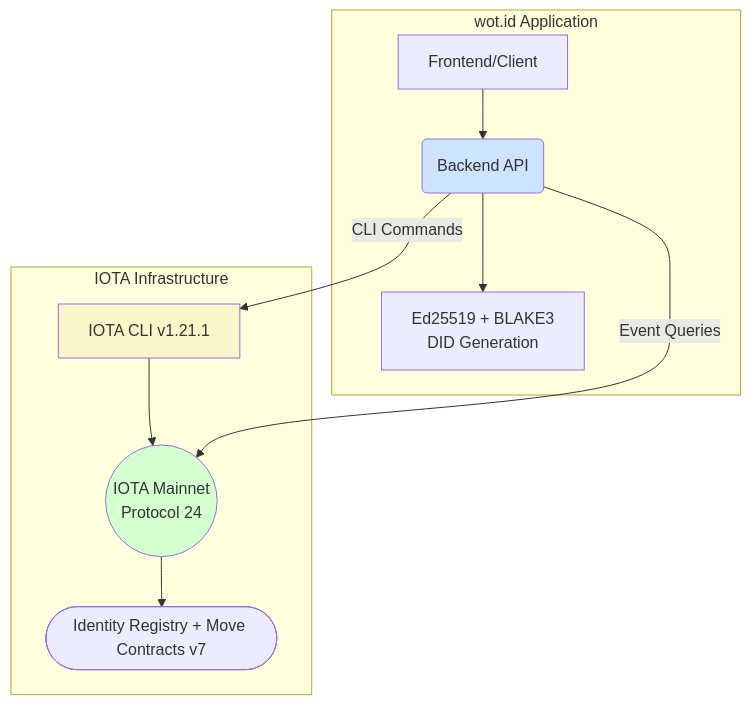
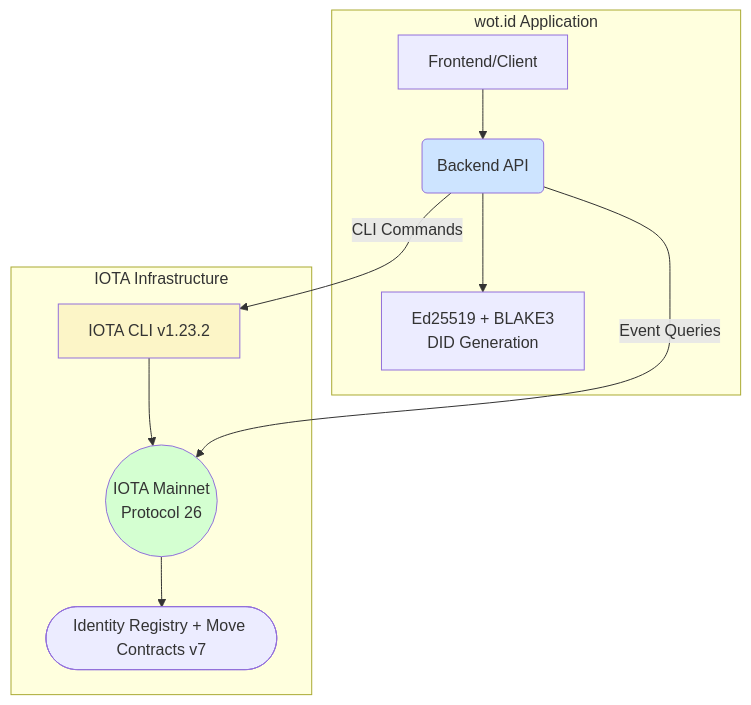
Before and after one commit to theweboftrust/wot.id-public-docs: the first of 7 diagrams in 02_System_Architecture.md, drawn with Mermaid. The commit also changed other lines of this file and 10 other files, not shown here.

````diff
--- a/02_System_Architecture.md
+++ b/02_System_Architecture.md
@@ -286,21 +292,21 @@
 ```mermaid
 graph TD
     subgraph "wot.id Application"
         Client[Frontend/Client] --> Backend_API(Backend API)
         Backend_API --> DID_Gen[Ed25519 + BLAKE3<br/>DID Generation]
     end
 
     subgraph "IOTA Infrastructure"
-        IOTA_CLI[IOTA CLI v1.21.1] --> IOTA_Node((IOTA Mainnet<br/>Protocol 24))
+        IOTA_CLI[IOTA CLI v1.23.2] --> IOTA_Node((IOTA Mainnet<br/>Protocol 26))
         IOTA_Node --> Move_Contracts([Identity Registry + Move Contracts v7])
     end
 
     %% Interactions
     Backend_API -- "CLI Commands" --> IOTA_CLI
     Backend_API -- "Event Queries" --> IOTA_Node
 
     %% Styling
     style Backend_API fill:#cde4ff
     style IOTA_Node fill:#d4ffd1
     style IOTA_CLI fill:#fcf5c7
 ```
````
